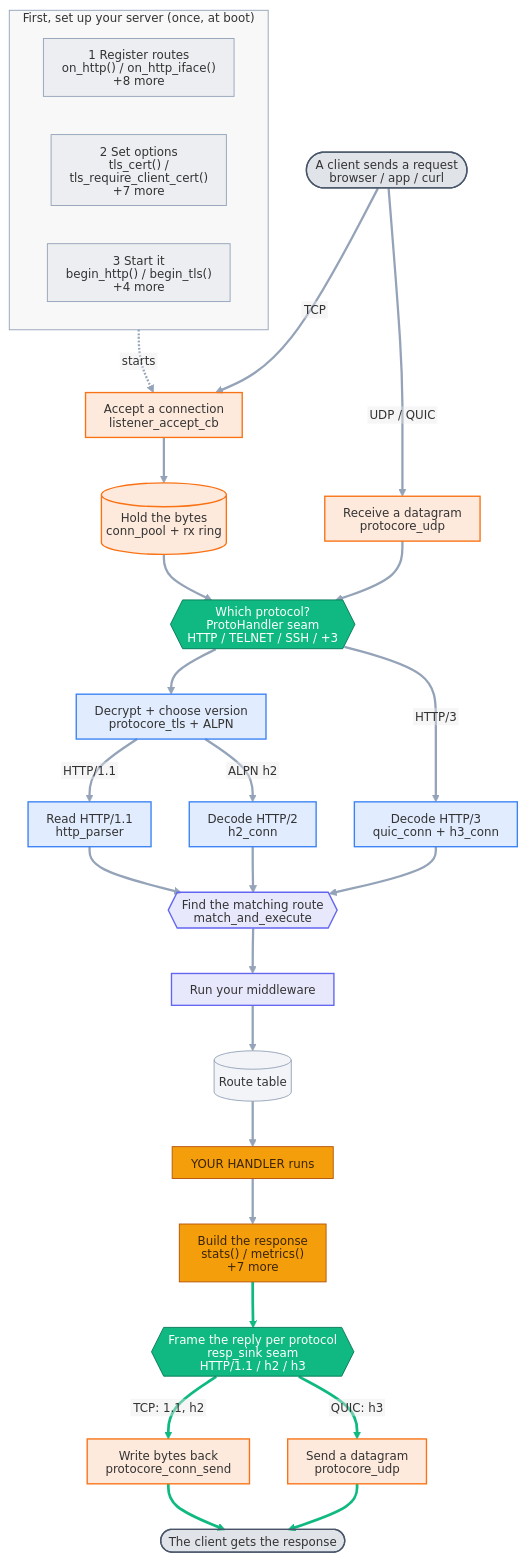
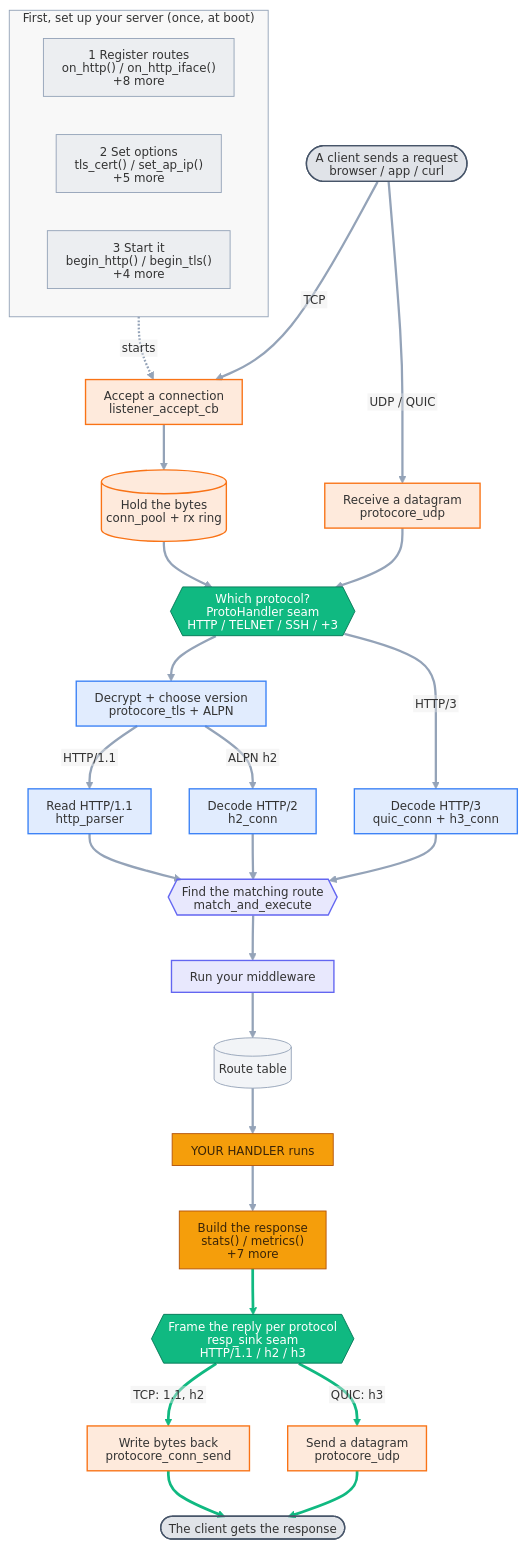
Before and after one commit to dstroy0/ProtoCore: the diagram in docs/diagrams/api_flow.mmd, drawn with Mermaid. The commit also changed 60 other files, not shown here.

```diff
--- a/docs/diagrams/api_flow.mmd
+++ b/docs/diagrams/api_flow.mmd
@@ -1,69 +1,69 @@
 %%{init: {'htmlLabels':false,'themeVariables':{'fontFamily':'sans-serif','fontSize':'13px','lineColor':'#94a3b8'},'flowchart':{'curve':'basis','nodeSpacing':42,'rankSpacing':50,'padding':10,'useMaxWidth':true,'htmlLabels':false}}}%%
 flowchart TB
   %% Auto-generated from the public API, protocore_builtins.c, and presentation/ on disk.
   subgraph SETUP["First, set up your server (once, at boot)"]
     direction LR
     reg["1 Register routes<br/>on_http() / on_http_iface()<br/>+8 more"]
-    cfg["2 Set options<br/>tls_cert() / tls_require_client_cert()<br/>+7 more"]
+    cfg["2 Set options<br/>tls_cert() / set_ap_ip()<br/>+5 more"]
     run["3 Start it<br/>begin_http() / begin_tls()<br/>+4 more"]
   end
 
   cin(["A client sends a request<br/>browser / app / curl"])
   listen["Accept a connection<br/>listener_accept_cb"]
   ring[("Hold the bytes<br/>conn_pool + rx ring")]
   udprx["Receive a datagram<br/>protocore_udp"]
   seam{{"Which protocol?<br/>ProtoHandler seam<br/>HTTP / TELNET / SSH / +3"}}
   tls["Decrypt + choose version<br/>protocore_tls + ALPN"]
   parser["Read HTTP/1.1<br/>http_parser"]
   h2["Decode HTTP/2<br/>h2_conn"]
   h3["Decode HTTP/3<br/>quic_conn + h3_conn"]
   mae{{"Find the matching route<br/>match_and_execute"}}
   mw["Run your middleware"]
   routes[("Route table")]
   handler["YOUR HANDLER runs"]
   resp["Build the response<br/>stats() / metrics()<br/>+7 more"]
   sink{{"Frame the reply per protocol<br/>resp_sink seam<br/>HTTP/1.1 / h2 / h3"}}
   consend["Write bytes back<br/>protocore_conn_send"]
   udptx["Send a datagram<br/>protocore_udp"]
   cout(["The client gets the response"])
 
   run -.->|starts| listen
   cin ==>|TCP| listen
   listen --> ring
   ring --> seam
   cin ==>|UDP / QUIC| udprx
   udprx --> seam
   seam --> tls
   tls -->|HTTP/1.1| parser
   tls -->|ALPN h2| h2
   seam -->|HTTP/3| h3
   parser --> mae
   h2 --> mae
   h3 --> mae
   mae --> mw
   mw --> routes
   routes --> handler
   handler --> resp
   resp --> sink
   sink -->|TCP: 1.1, h2| consend
   sink -->|QUIC: h3| udptx
   consend ==> cout
   udptx ==> cout
 
   class cin,cout ext;
   class reg,cfg,run,routes setup;
   class listen,ring,udprx,udptx,consend l4;
   class seam,sink seam;
   class tls,parser,h2,h3 l6;
   class mae,mw l7;
   class handler,resp you;
   classDef ext fill:#64748b33,stroke:#475569,stroke-width:1.5px;
   classDef setup fill:#94a3b81f,stroke:#94a3b8;
   classDef l4 fill:#f9731626,stroke:#f97316,stroke-width:1.5px;
   classDef seam fill:#10b981,stroke:#047857,color:#ffffff;
   classDef l6 fill:#3b82f626,stroke:#3b82f6,stroke-width:1.5px;
   classDef l7 fill:#6366f126,stroke:#6366f1,stroke-width:1.5px;
   classDef you fill:#f59e0b,stroke:#b45309,color:#3b2508;
   style SETUP fill:#8888880f,stroke:#94a3b8,stroke-width:1px;
   linkStyle default stroke-width:2.5px;
   linkStyle 17,18,19,20,21 stroke:#10b981,stroke-width:3px;
```
